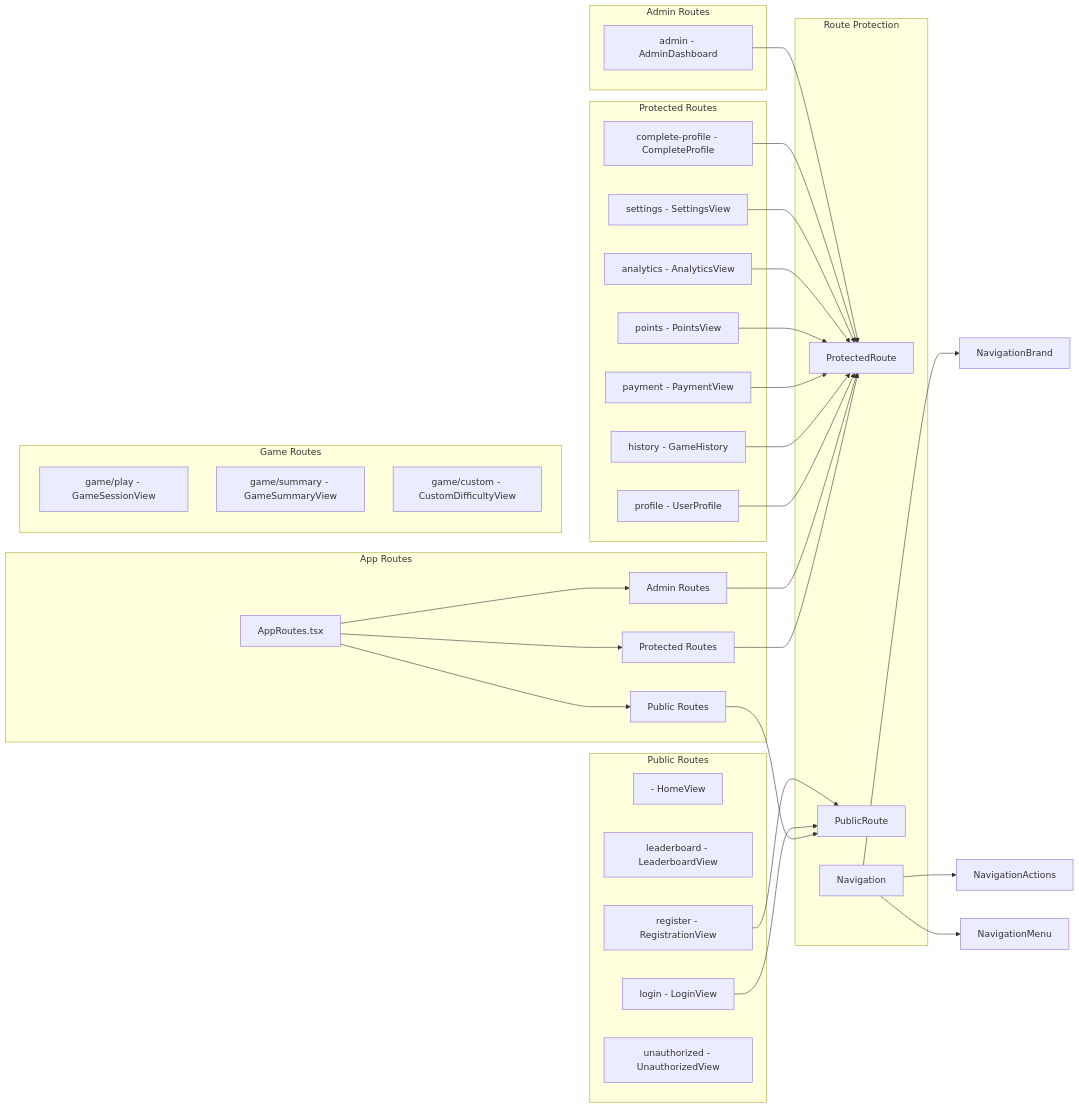
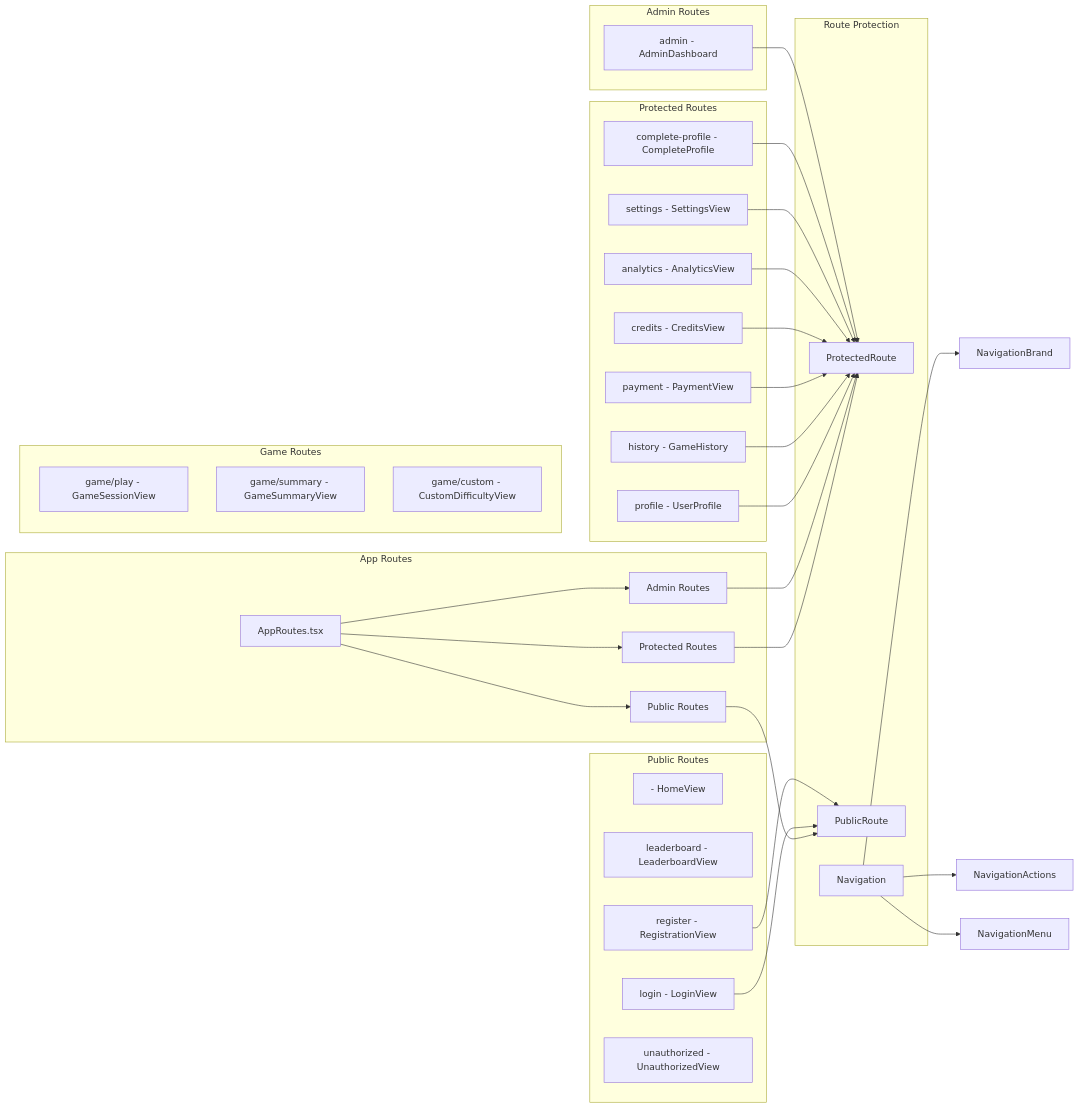
One commit to IsraelRub/EveryTriv changed diagram 21 of 28 in docs/DIAGRAMS.md. Above: the diagram before and after it, drawn with Mermaid. The commit also changed other lines of this file and 600 other files, not shown here.

Commit message:
feat: add multiplayer game mode, migrate from points to credits system, reorganize components, and rename AI providers

````diff
--- a/docs/DIAGRAMS.md
+++ b/docs/DIAGRAMS.md
@@ -1391,60 +1425,60 @@
 ```mermaid
 graph LR
     subgraph "App Routes"
         A[AppRoutes.tsx]
         A --> B[Public Routes]
         A --> C[Protected Routes]
         A --> D[Admin Routes]
     end
 
     subgraph "Public Routes"
         E[- HomeView]
         F[leaderboard - LeaderboardView]
         G[login - LoginView]
         H[register - RegistrationView]
         I[unauthorized - UnauthorizedView]
     end
 
     subgraph "Game Routes"
         J[game/play - GameSessionView]
         K[game/summary - GameSummaryView]
         L[game/custom - CustomDifficultyView]
     end
 
     subgraph "Protected Routes"
         M[profile - UserProfile]
         N[history - GameHistory]
         O[payment - PaymentView]
-        P[points - PointsView]
+        P[credits - CreditsView]
         Q[analytics - AnalyticsView]
         R[settings - SettingsView]
         S[complete-profile - CompleteProfile]
     end
 
     subgraph "Admin Routes"
         T[admin - AdminDashboard]
     end
 
     subgraph "Route Protection"
         U[ProtectedRoute]
         V[PublicRoute]
         W[Navigation]
     end
 
     C --> U
     D --> U
     B --> V
     M --> U
     N --> U
     O --> U
     P --> U
     Q --> U
     R --> U
     S --> U
     T --> U
     G --> V
     H --> V
     W --> X[NavigationBrand]
     W --> Y[NavigationActions]
     W --> Z[NavigationMenu]
 ```
````
